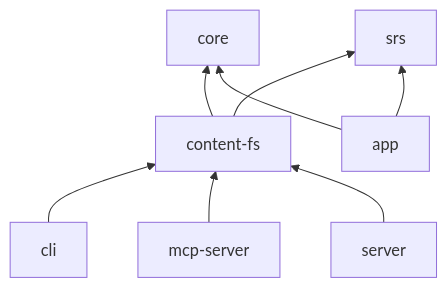
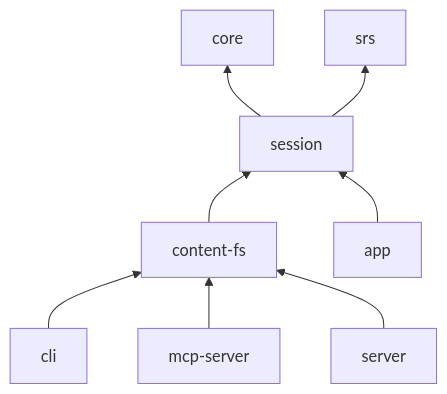
One commit to VladimirMakarevich/wastech-learn changed the diagram in docs/architecture/components.md. Above: the diagram before and after it, drawn with Mermaid. The commit also changed other lines of this file and 23 other files, not shown here.

````diff
--- a/docs/architecture/components.md
+++ b/docs/architecture/components.md
@@ -20,17 +21,18 @@
 ```mermaid
 flowchart BT
   core["core"]
   srs["srs"]
+  ses["session"]
   cfs["content-fs"]
   cli["cli"]
   mcp["mcp-server"]
   srv["server"]
   app["app"]
-  cfs --> core
-  cfs --> srs
+  ses --> core
+  ses --> srs
+  cfs --> ses
   cli --> cfs
   mcp --> cfs
   srv --> cfs
-  app --> core
-  app --> srs
+  app --> ses
 ```
````
